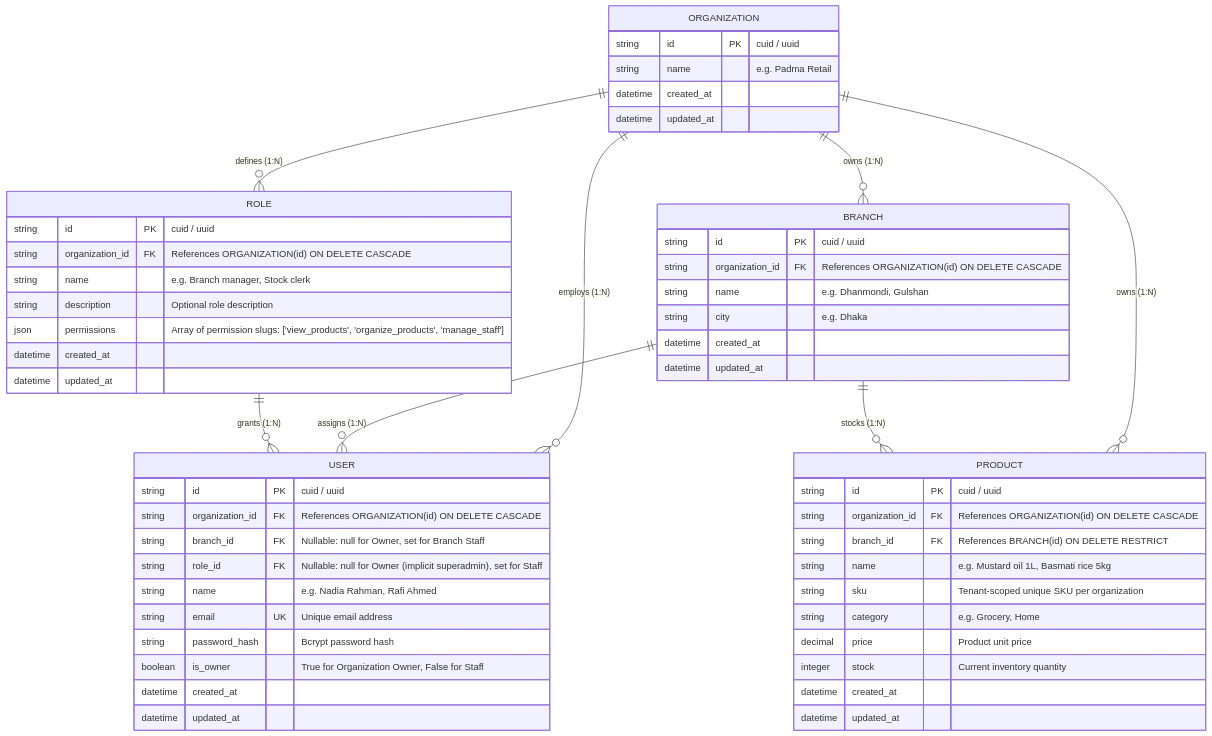
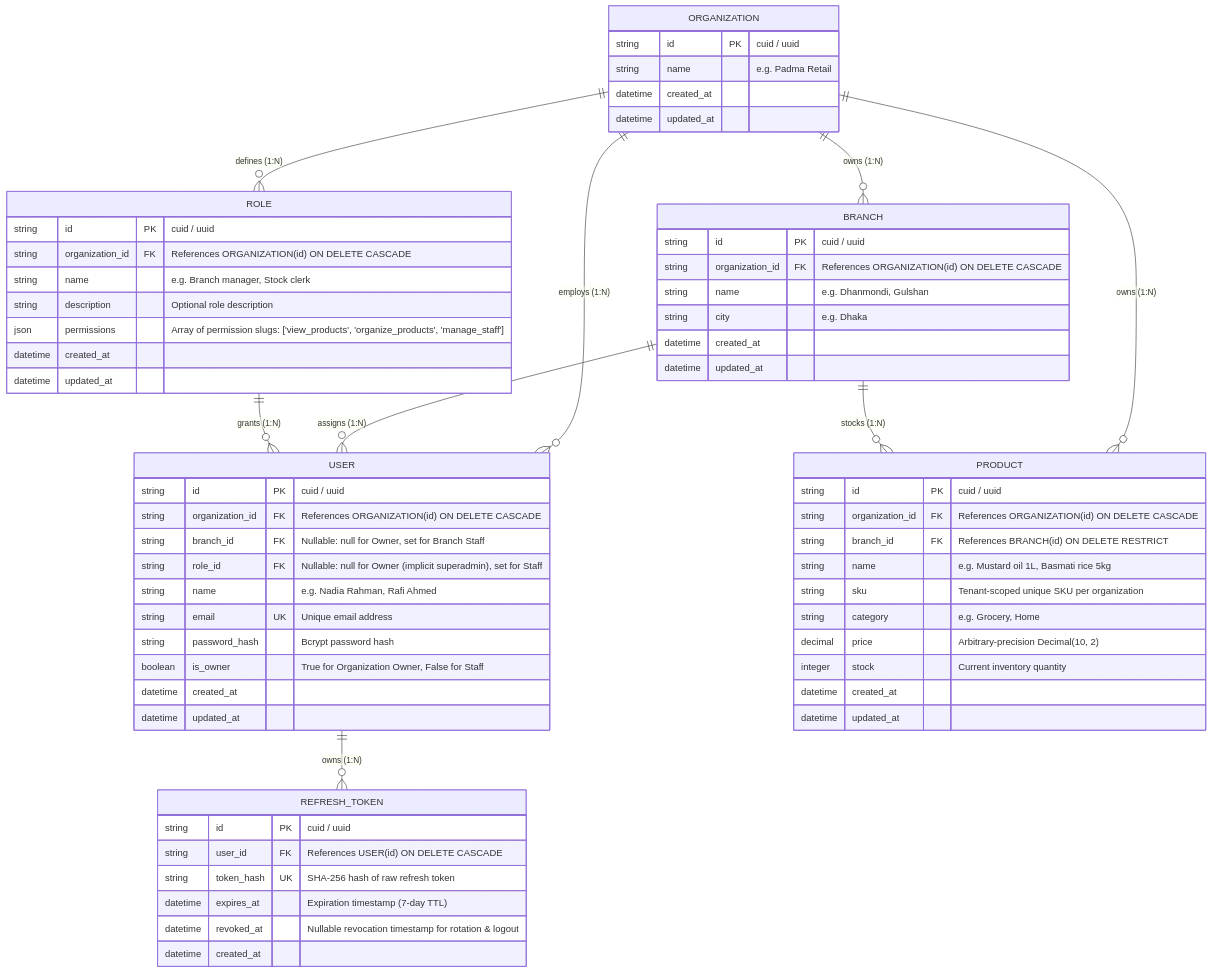
The second of 2 diagrams in docs/architecture.md (sheikhlimon/branchwork-backend), drawn with Mermaid before and after one commit. The commit also changed other lines of this file and 6 other files, not shown here.

Commit message:
docs: streamline architecture, update readme and commenting rules

````diff
--- a/docs/architecture.md
+++ b/docs/architecture.md
@@ -28,62 +28,72 @@
 ```mermaid
 erDiagram
     ORGANIZATION ||--o{ BRANCH : "owns (1:N)"
     ORGANIZATION ||--o{ ROLE : "defines (1:N)"
     ORGANIZATION ||--o{ USER : "employs (1:N)"
     ORGANIZATION ||--o{ PRODUCT : "owns (1:N)"
     BRANCH ||--o{ USER : "assigns (1:N)"
     BRANCH ||--o{ PRODUCT : "stocks (1:N)"
     ROLE ||--o{ USER : "grants (1:N)"
+    USER ||--o{ REFRESH_TOKEN : "owns (1:N)"
 
     ORGANIZATION {
         string id PK "cuid / uuid"
         string name "e.g. Padma Retail"
         datetime created_at
         datetime updated_at
     }
 
     BRANCH {
         string id PK "cuid / uuid"
         string organization_id FK "References ORGANIZATION(id) ON DELETE CASCADE"
         string name "e.g. Dhanmondi, Gulshan"
         string city "e.g. Dhaka"
         datetime created_at
         datetime updated_at
     }
 
     ROLE {
         string id PK "cuid / uuid"
         string organization_id FK "References ORGANIZATION(id) ON DELETE CASCADE"
         string name "e.g. Branch manager, Stock clerk"
         string description "Optional role description"
         json permissions "Array of permission slugs: ['view_products', 'organize_products', 'manage_staff']"
         datetime created_at
         datetime updated_at
     }
 
     USER {
         string id PK "cuid / uuid"
         string organization_id FK "References ORGANIZATION(id) ON DELETE CASCADE"
         string branch_id FK "Nullable: null for Owner, set for Branch Staff"
         string role_id FK "Nullable: null for Owner (implicit superadmin), set for Staff"
         string name "e.g. Nadia Rahman, Rafi Ahmed"
         string email UK "Unique email address"
         string password_hash "Bcrypt password hash"
         boolean is_owner "True for Organization Owner, False for Staff"
         datetime created_at
         datetime updated_at
     }
 
+    REFRESH_TOKEN {
+        string id PK "cuid / uuid"
+        string user_id FK "References USER(id) ON DELETE CASCADE"
+        string token_hash UK "SHA-256 hash of raw refresh token"
+        datetime expires_at "Expiration timestamp (7-day TTL)"
+        datetime revoked_at "Nullable revocation timestamp for rotation & logout"
+        datetime created_at
+    }
+
     PRODUCT {
         string id PK "cuid / uuid"
         string organization_id FK "References ORGANIZATION(id) ON DELETE CASCADE"
         string branch_id FK "References BRANCH(id) ON DELETE RESTRICT"
         string name "e.g. Mustard oil 1L, Basmati rice 5kg"
         string sku "Tenant-scoped unique SKU per organization"
         string category "e.g. Grocery, Home"
-        decimal price "Product unit price"
+        decimal price "Arbitrary-precision Decimal(10, 2)"
         integer stock "Current inventory quantity"
         datetime created_at
         datetime updated_at
     }
 ```
````
